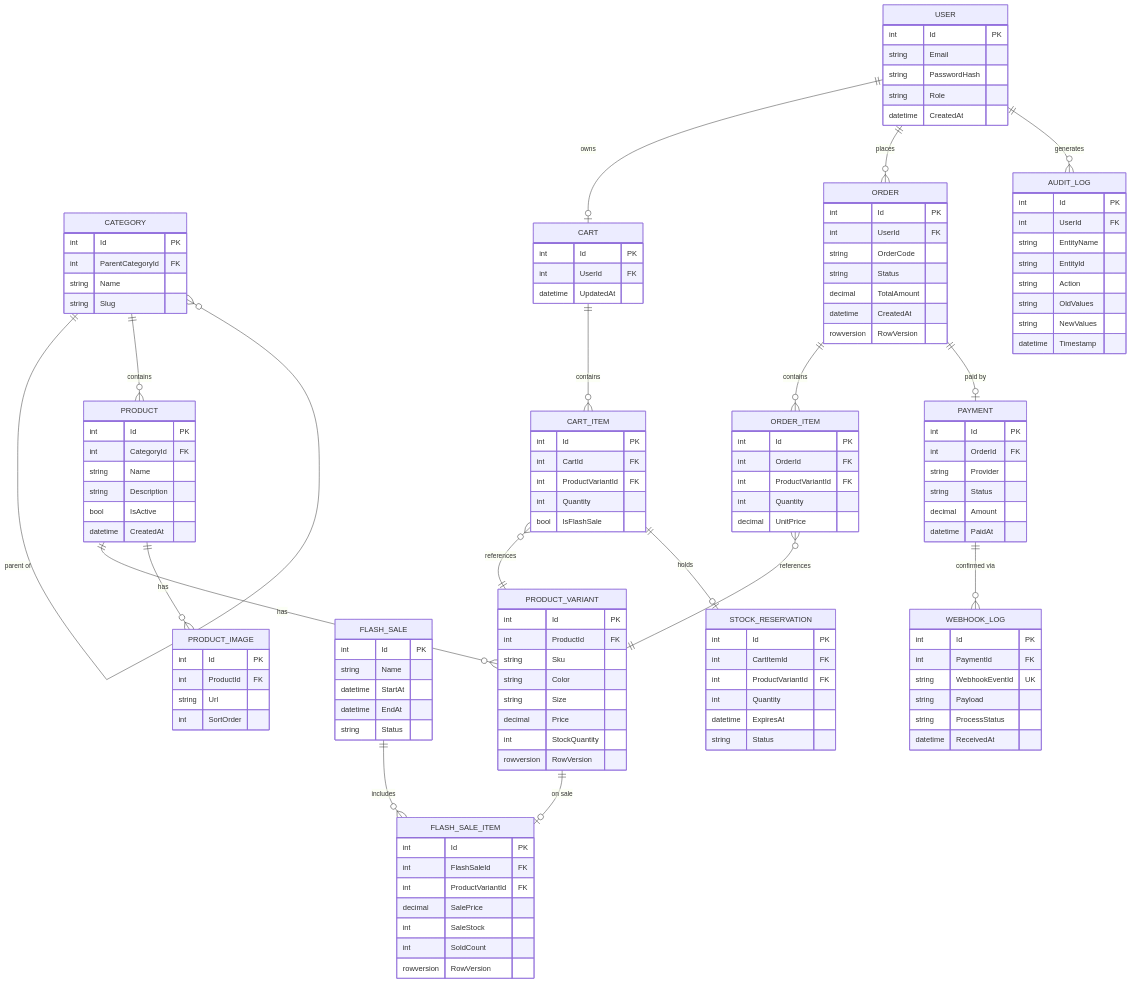
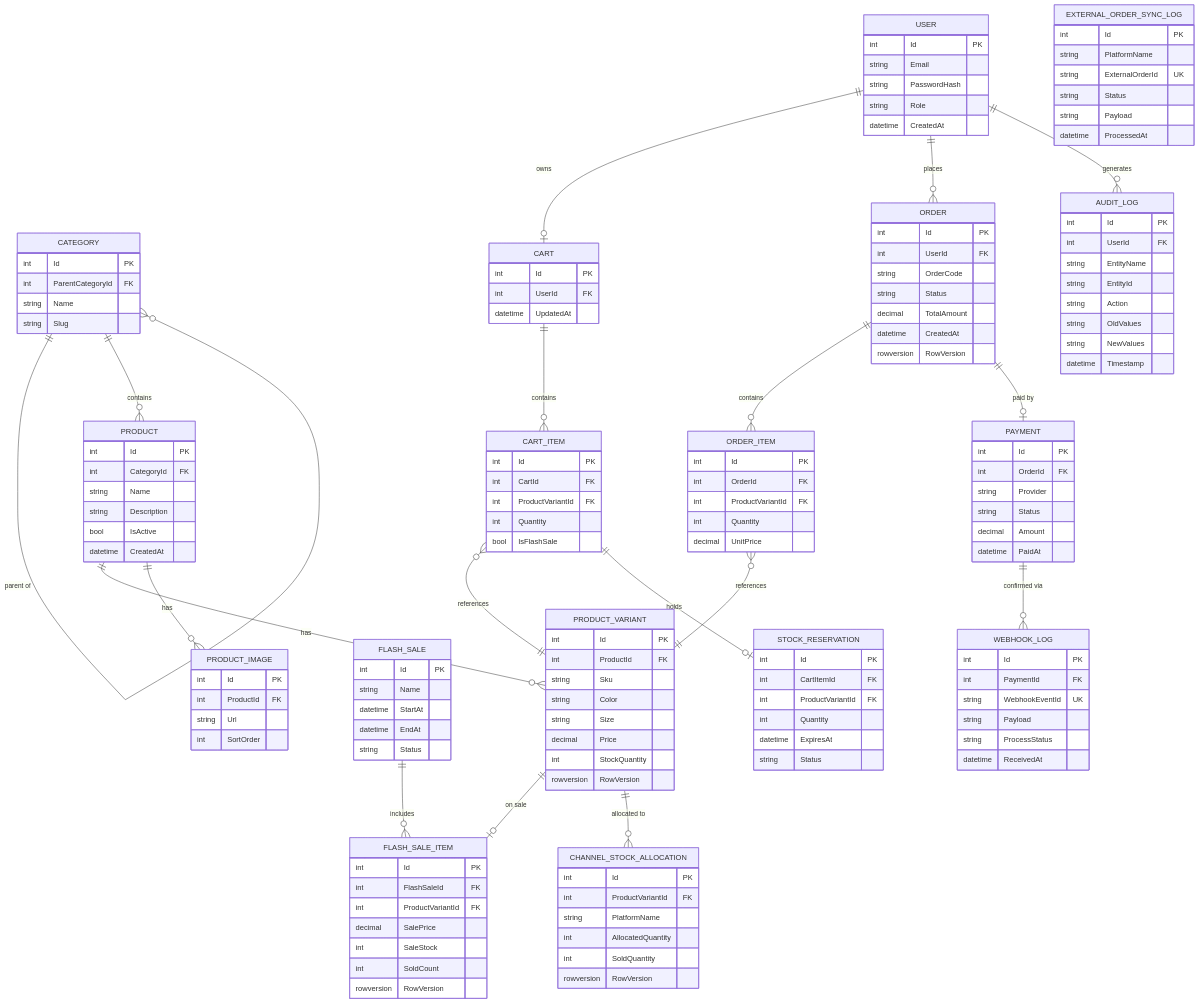
Before and after one commit to O-VanTho-programmer/E-Commerce_Flashsale: the diagram in AGENTS.md, drawn with Mermaid. The commit also changed other lines of this file and 8 other files, not shown here.

````diff
--- a/AGENTS.md
+++ b/AGENTS.md
@@ -83,6 +84,7 @@
   PRODUCT ||--o{ PRODUCT_VARIANT : has
   PRODUCT ||--o{ PRODUCT_IMAGE : has
   PRODUCT_VARIANT ||--o| FLASH_SALE_ITEM : "on sale"
+  PRODUCT_VARIANT ||--o{ CHANNEL_STOCK_ALLOCATION : "allocated to"
   FLASH_SALE ||--o{ FLASH_SALE_ITEM : includes
   USER ||--o| CART : owns
   CART ||--o{ CART_ITEM : contains
@@ -210,4 +212,20 @@
     string NewValues
     datetime Timestamp
   }
+  CHANNEL_STOCK_ALLOCATION {
+    int Id PK
+    int ProductVariantId FK
+    string PlatformName
+    int AllocatedQuantity
+    int SoldQuantity
+    rowversion RowVersion
+  }
+  EXTERNAL_ORDER_SYNC_LOG {
+    int Id PK
+    string PlatformName
+    string ExternalOrderId UK
+    string Status
+    string Payload
+    datetime ProcessedAt
+  }
 ```
````
